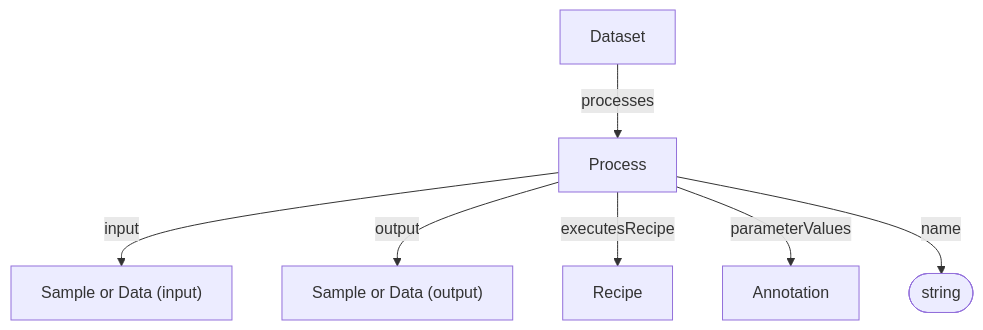
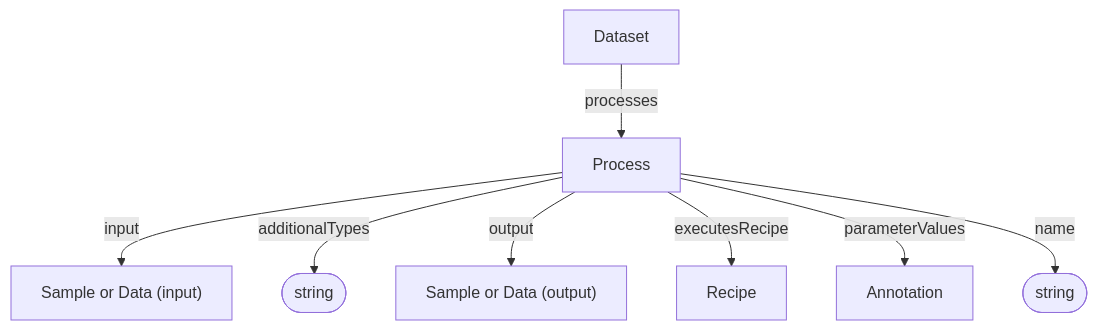
Before and after one commit to HLWeil/ARC-base-model: the diagram in docs/spec/process_provenance/Process.md, drawn with Mermaid. The commit also changed other lines of this file and 25 other files, not shown here.

````diff
--- a/docs/spec/process_provenance/Process.md
+++ b/docs/spec/process_provenance/Process.md
@@ -35,14 +35,17 @@
 ```mermaid
 flowchart TD
+
+    additionalTypes@{ shape: stadium, label: "string" }
 
     na@{ shape: stadium, label: "string" }
     i["Sample or Data (input)"]
     o["Sample or Data (output)"]
 
     Dataset --processes--> Process
     Process --input--> i
+    Process --additionalTypes--> additionalTypes
     Process --"output"--> o
     Process --executesRecipe--> Recipe
     Process --parameterValues--> Annotation
     Process --name--> na
 ```
````
